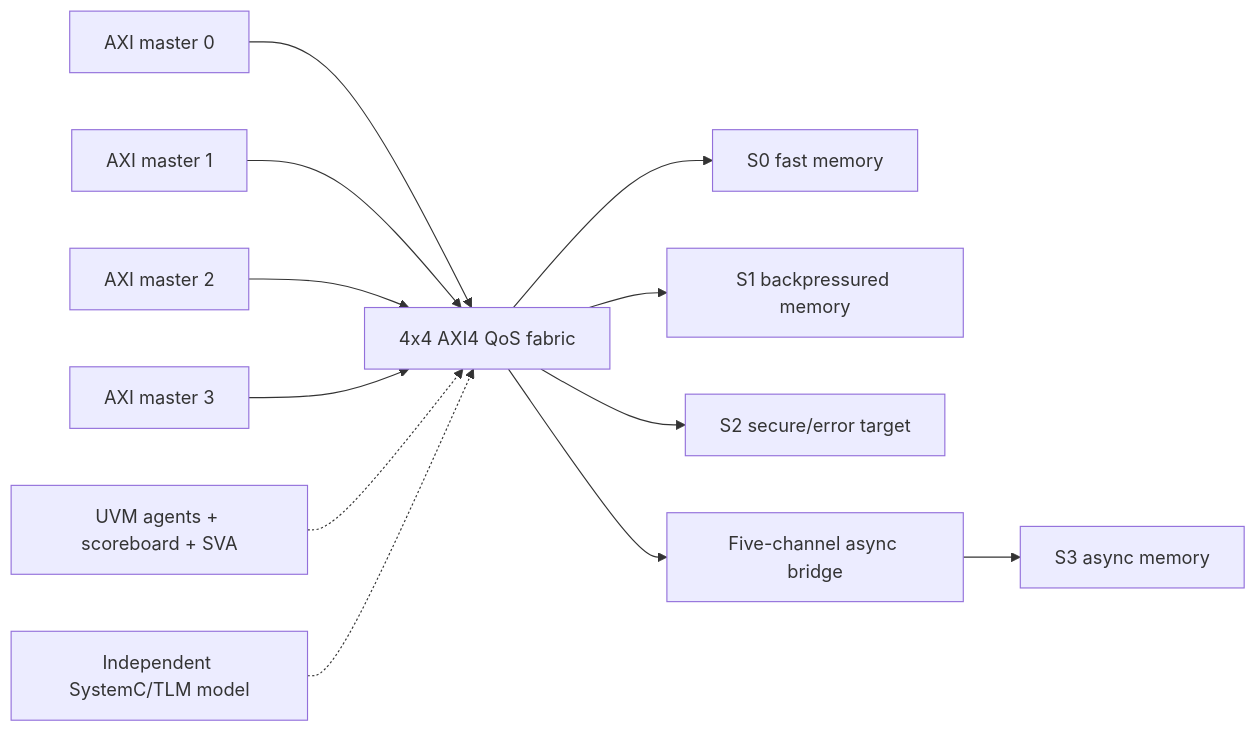
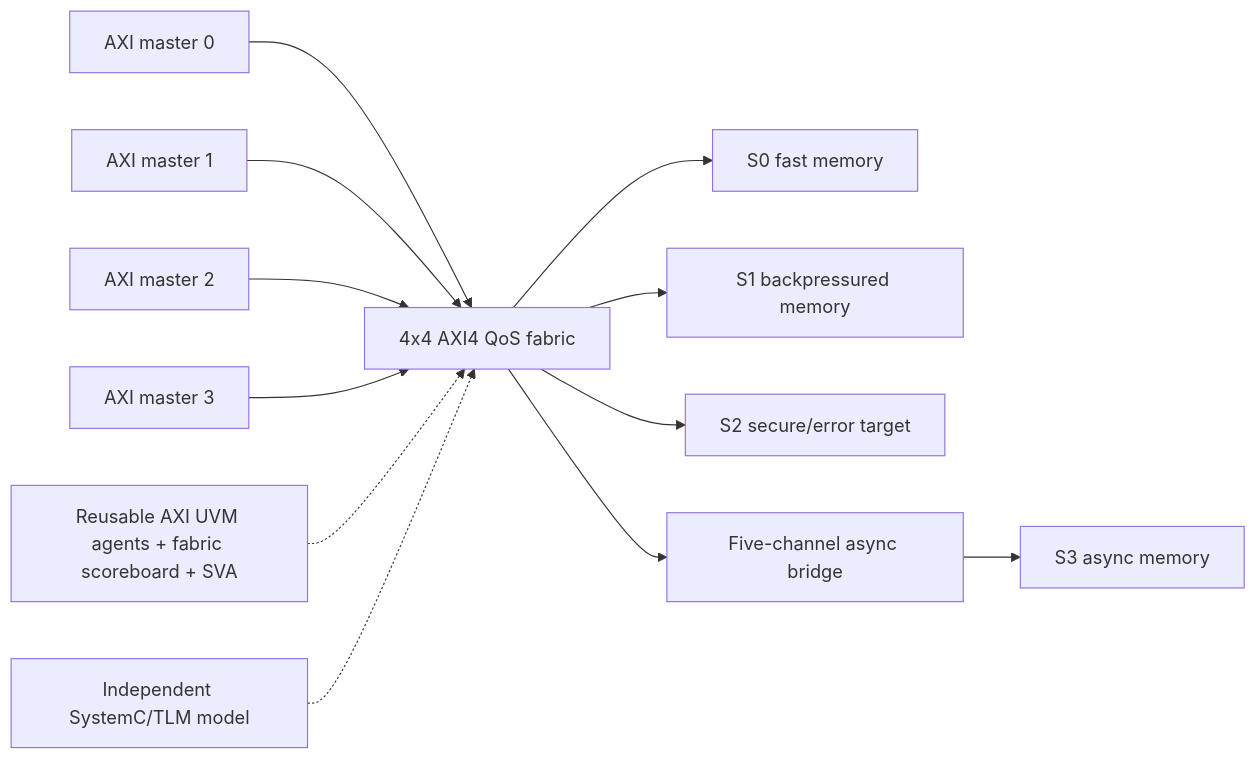
One commit to ed766/AXI4-QoS-Fabric-DV changed the diagram in README.md. Above: the diagram before and after it, drawn with Mermaid. The commit also changed other lines of this file and 22 other files, not shown here.

Commit message:
Extract reusable AXI4 UVM VIP

````diff
--- a/README.md
+++ b/README.md
@@ -9,13 +9,13 @@
 ```mermaid
 flowchart LR
     M0["AXI master 0"] --> F["4x4 AXI4 QoS fabric"]
     M1["AXI master 1"] --> F
     M2["AXI master 2"] --> F
     M3["AXI master 3"] --> F
     F --> S0["S0 fast memory"]
     F --> S1["S1 backpressured memory"]
     F --> S2["S2 secure/error target"]
     F --> C["Five-channel async bridge"] --> S3["S3 async memory"]
-    UVM["UVM agents + scoreboard + SVA"] -.-> F
+    UVM["Reusable AXI UVM agents + fabric scoreboard + SVA"] -.-> F
     TLM["Independent SystemC/TLM model"] -.-> F
 ```
````
